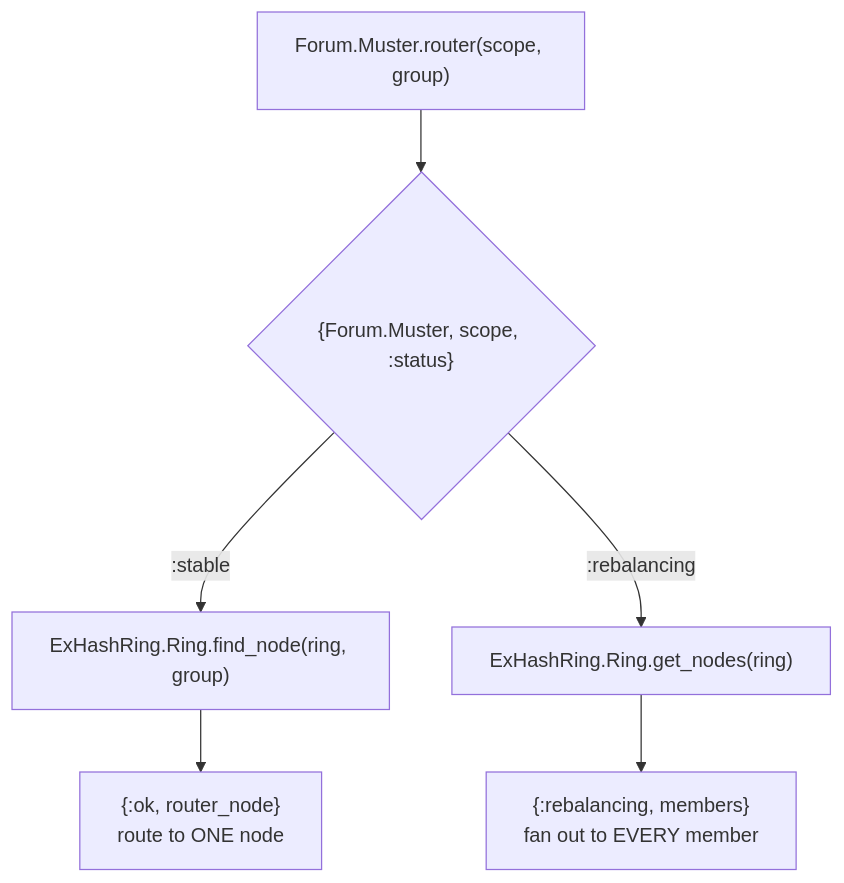
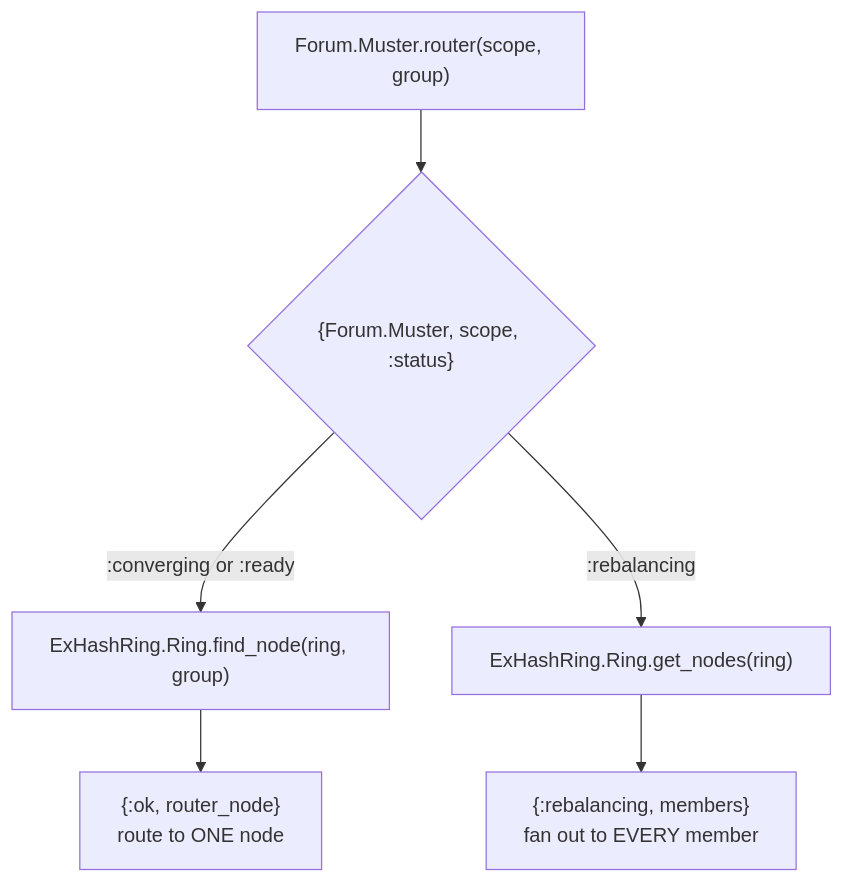
The second of 3 diagrams in forum/docs/muster-broadcast.md (supabase/realtime), drawn with Mermaid before and after one commit. The commit also changed other lines of this file and 2 other files, not shown here.

````diff
--- a/forum/docs/muster-broadcast.md
+++ b/forum/docs/muster-broadcast.md
@@ -76,8 +76,8 @@
 ```mermaid
 flowchart TD
     A["Forum.Muster.router(scope, group)"] --> B{"{Forum.Muster, scope, :status}"}
-    B -->|":stable"| C["ExHashRing.Ring.find_node(ring, group)"]
+    B -->|":converging or :ready"| C["ExHashRing.Ring.find_node(ring, group)"]
     C --> D["{:ok, router_node}<br/>route to ONE node"]
     B -->|":rebalancing"| E["ExHashRing.Ring.get_nodes(ring)"]
     E --> F["{:rebalancing, members}<br/>fan out to EVERY member"]
 ```
````
